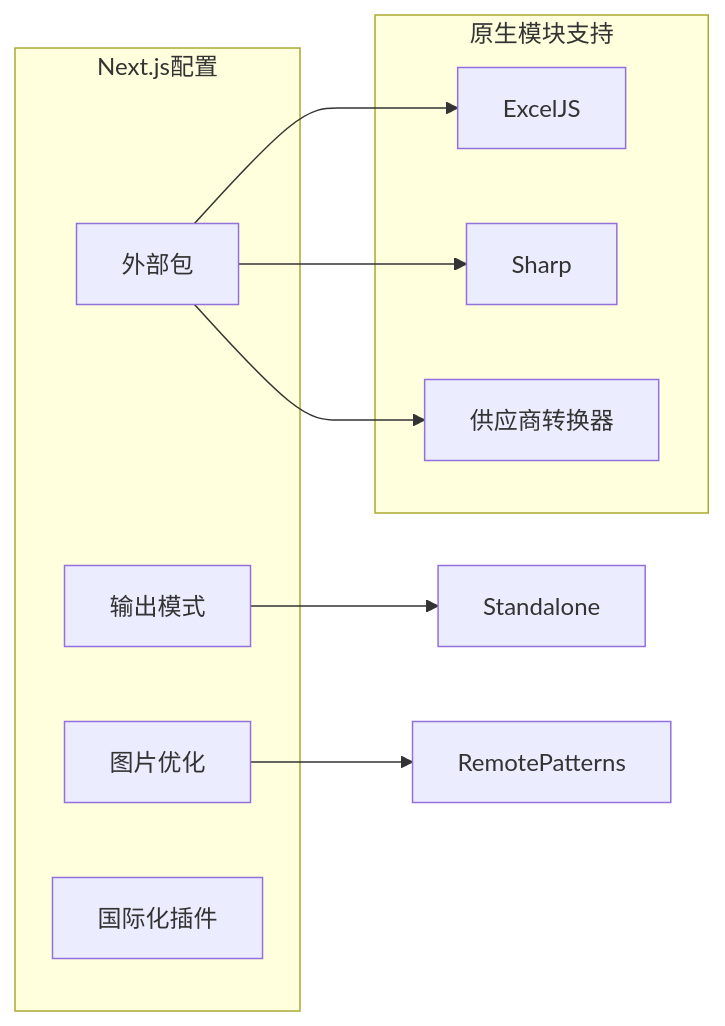
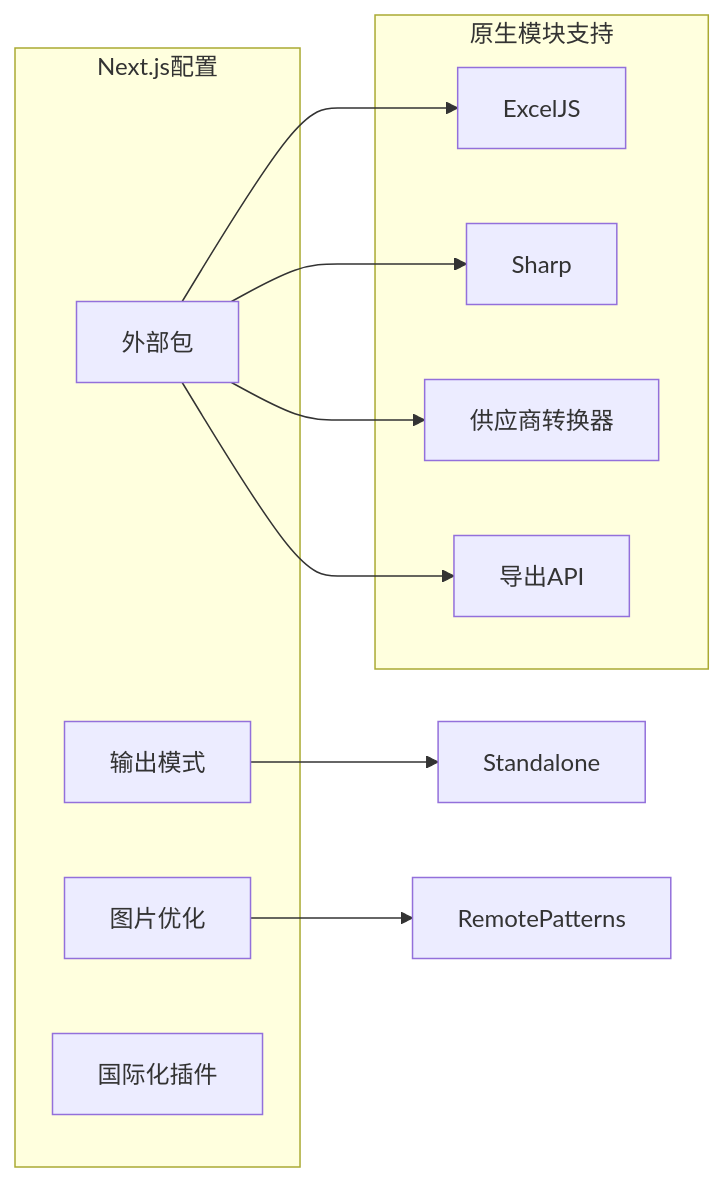
One commit to three3638-arch/celestia_2b changed diagram 13 of 14 in .qoder/repowiki/zh/content/Excel Import System.md. Above: the diagram before and after it, drawn with Mermaid. The commit also changed other lines of this file and 4 other files, not shown here.

````diff
--- a/.qoder/repowiki/zh/content/Excel Import System.md
+++ b/.qoder/repowiki/zh/content/Excel Import System.md
@@ -509,19 +680,21 @@
 ```mermaid
 graph LR
 subgraph "Next.js配置"
 Output[输出模式]
 External[外部包]
 Images[图片优化]
 Intl[国际化插件]
 end
 subgraph "原生模块支持"
 ExcelJS[ExcelJS]
 Sharp[Sharp]
 SupplierConverter[供应商转换器]
+ExportAPI[导出API]
 end
 External --> ExcelJS
 External --> Sharp
 External --> SupplierConverter
+External --> ExportAPI
 Output --> Standalone
 Images --> RemotePatterns
 ```
````
